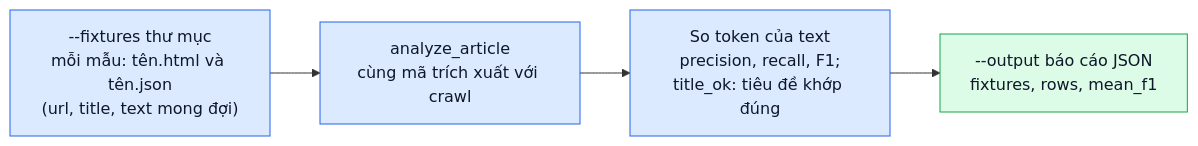
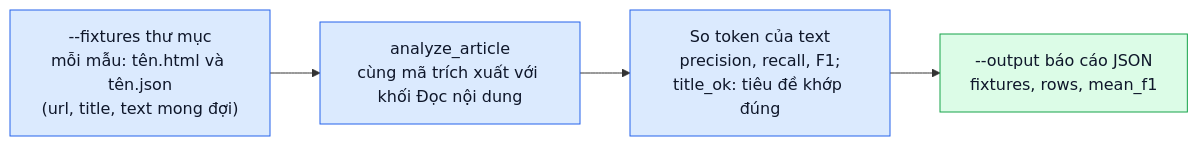
Before and after one commit to doanan293/WebCorpusPipeline: the third of 3 diagrams in data_pipeline/docs/architecture.md, drawn with Mermaid. The commit also changed other lines of this file and 193 other files, not shown here.

````diff
--- a/data_pipeline/docs/architecture.md
+++ b/data_pipeline/docs/architecture.md
@@ -620,13 +152,13 @@
 ```mermaid
 flowchart LR
     FIX["--fixtures thư mục<br/>mỗi mẫu: tên.html và tên.json<br/>(url, title, text mong đợi)"]
-    RUN["analyze_article<br/>cùng mã trích xuất với crawl"]
+    RUN["analyze_article<br/>cùng mã trích xuất với khối Đọc nội dung"]
     SCORE["So token của text<br/>precision, recall, F1;<br/>title_ok: tiêu đề khớp đúng"]
     OUT["--output báo cáo JSON<br/>fixtures, rows, mean_f1"]
     FIX --> RUN --> SCORE --> OUT
 
     classDef step fill:#dbeafe,stroke:#2563eb,color:#0f172a;
     classDef out fill:#dcfce7,stroke:#16a34a,color:#0f172a;
     class FIX,RUN,SCORE step;
     class OUT out;
 ```
````
